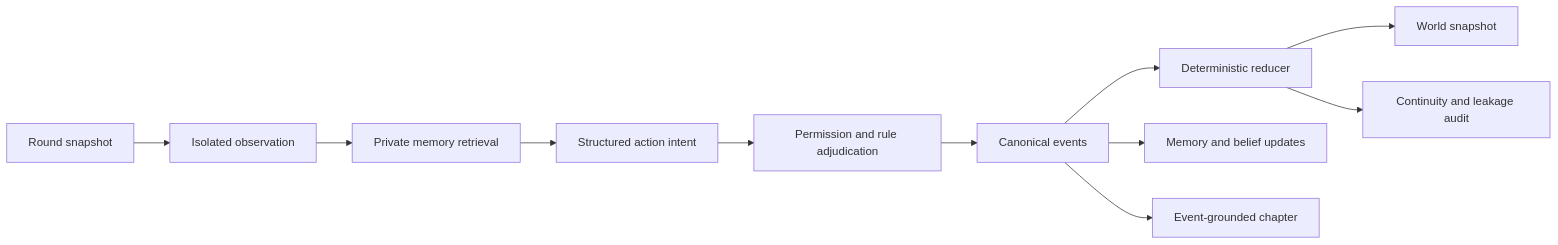
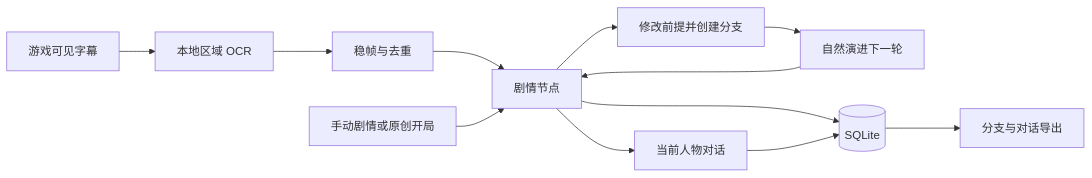
The diagram in README.md (JaspinXu/WhatIfStarRail), drawn with Mermaid before and after one commit. The commit also changed other lines of this file and 10 other files, not shown here.

````diff
--- a/README.md
+++ b/README.md
@@ -35,13 +88,14 @@
 ```mermaid
 flowchart LR
-    A[Round snapshot] --> B[Isolated observation]
-    B --> C[Private memory retrieval]
-    C --> D[Structured action intent]
-    D --> E[Permission and rule adjudication]
-    E --> F[Canonical events]
-    F --> G[Deterministic reducer]
-    G --> H[World snapshot]
-    F --> I[Memory and belief updates]
-    F --> J[Event-grounded chapter]
-    G --> K[Continuity and leakage audit]
+    Game[游戏可见字幕] --> OCR[本地区域 OCR]
+    OCR --> Stable[稳帧与去重]
+    Stable --> Nodes[剧情节点]
+    Manual[手动剧情或原创开局] --> Nodes
+    Nodes --> Chat[当前人物对话]
+    Nodes --> Fork[修改前提并创建分支]
+    Fork --> Next[自然演进下一轮]
+    Next --> Nodes
+    Nodes --> DB[(SQLite)]
+    Chat --> DB
+    DB --> Export[分支与对话导出]
 ```
````
